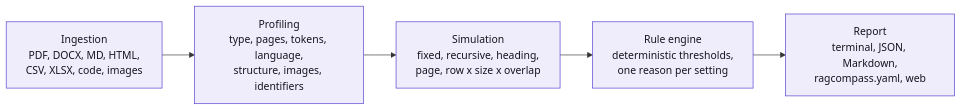
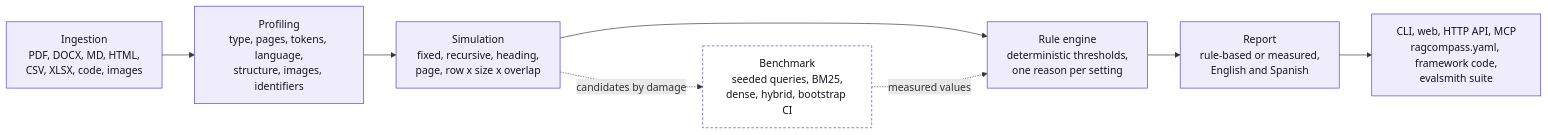
The diagram in README.md (diegoperezg7/ragcompass), drawn with Mermaid before and after one commit. The commit also changed other lines of this file and 20 other files, not shown here.

First line of the commit message:
Document the benchmark, exports and MCP server in the README

````diff
--- a/README.md
+++ b/README.md
@@ -74,10 +86,15 @@
 ```mermaid
 flowchart LR
     A[Ingestion<br/>PDF, DOCX, MD, HTML,<br/>CSV, XLSX, code, images] --> B[Profiling<br/>type, pages, tokens, language,<br/>structure, images, identifiers]
     B --> C[Simulation<br/>fixed, recursive, heading,<br/>page, row x size x overlap]
     C --> D[Rule engine<br/>deterministic thresholds,<br/>one reason per setting]
-    D --> E[Report<br/>terminal, JSON, Markdown,<br/>ragcompass.yaml, web]
+    D --> E[Report<br/>rule-based or measured,<br/>English and Spanish]
+    C -. candidates by damage .-> F[Benchmark<br/>seeded queries, BM25,<br/>dense, hybrid, bootstrap CI]
+    F -. measured values .-> D
+    E --> G[CLI, web, HTTP API, MCP<br/>ragcompass.yaml, framework code,<br/>evalsmith suite]
 
     classDef stage fill:#EFEDFC,stroke:#4C3BCF,color:#15141C
-    class A,B,C,D,E stage
+    classDef measure fill:#FFFFFF,stroke:#4C3BCF,color:#15141C,stroke-dasharray: 4 3
+    class A,B,C,D,E,G stage
+    class F measure
 ```
````
